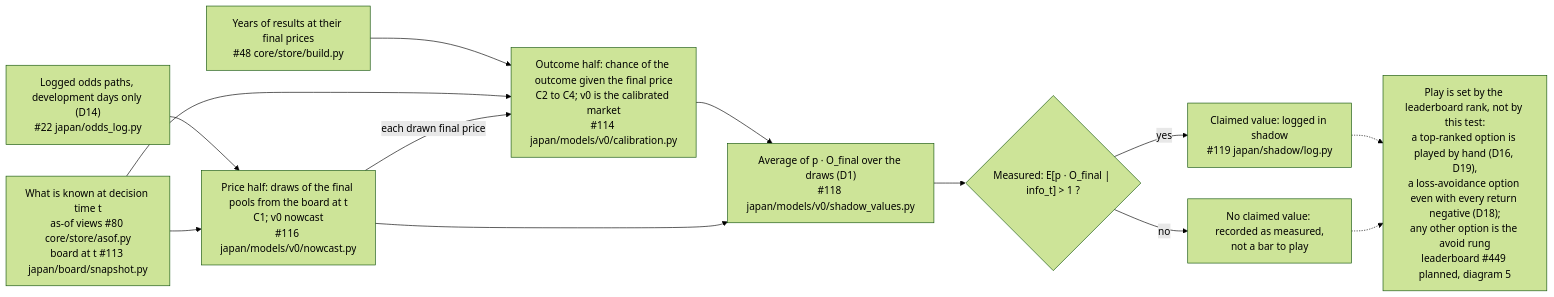
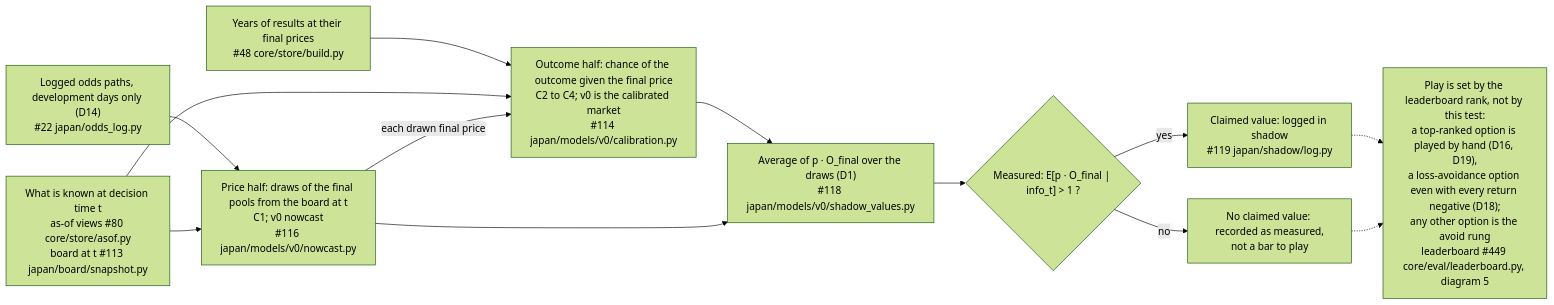
Before and after one commit to rjeskuri/HorseTrackBetting: the first of 6 diagrams in docs/modeling.md, drawn with Mermaid (forest theme). The commit also changed other lines of this file and 2 other files, not shown here.

First line of the commit message:
Draw the leaderboard and bet log in the architecture and modeling docs (#458)

````diff
--- a/docs/modeling.md
+++ b/docs/modeling.md
@@ -34,25 +34,25 @@
 ```mermaid
 flowchart LR
     HIST["Years of results at their final prices<br/>#48 core/store/build.py"]
     LOGS["Logged odds paths, development days only (D14)<br/>#22 japan/odds_log.py"]
     INFO["What is known at decision time t<br/>as-of views #80 core/store/asof.py<br/>board at t #113 japan/board/snapshot.py"]
     PROB["Outcome half: chance of the outcome given the final price<br/>C2 to C4; v0 is the calibrated market<br/>#114 japan/models/v0/calibration.py"]
     PRICE["Price half: draws of the final pools from the board at t<br/>C1; v0 nowcast<br/>#116 japan/models/v0/nowcast.py"]
     MIX["Average of p · O_final over the draws (D1)<br/>#118 japan/models/v0/shadow_values.py"]
     TEST{"Measured: E[p · O_final | info_t] #gt; 1 ?"}
     YES["Claimed value: logged in shadow<br/>#119 japan/shadow/log.py"]
     NO["No claimed value: recorded as measured,<br/>not a bar to play"]
-    RANK["Play is set by the leaderboard rank, not by this test:<br/>a top-ranked option is played by hand (D16, D19),<br/>a loss-avoidance option even with every return negative (D18);<br/>any other option is the avoid rung<br/>leaderboard #449 planned, diagram 5"]
+    RANK["Play is set by the leaderboard rank, not by this test:<br/>a top-ranked option is played by hand (D16, D19),<br/>a loss-avoidance option even with every return negative (D18);<br/>any other option is the avoid rung<br/>leaderboard #449 core/eval/leaderboard.py, diagram 5"]
     HIST --> PROB
     LOGS --> PRICE
     INFO --> PROB
     INFO --> PRICE
     PRICE -->|"each drawn final price"| PROB
     PROB --> MIX
     PRICE --> MIX
     MIX --> TEST
     TEST -->|"yes"| YES
     TEST -->|"no"| NO
     YES -.-> RANK
     NO -.-> RANK
 ```
````
